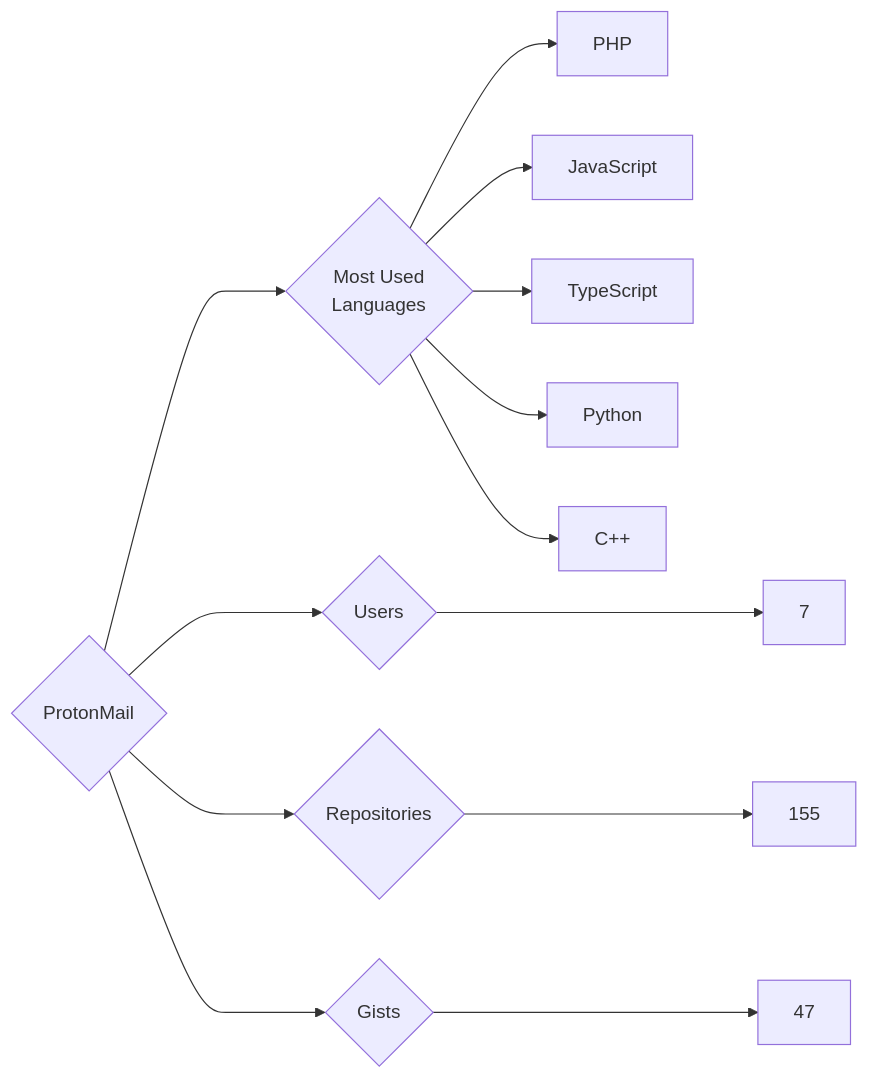
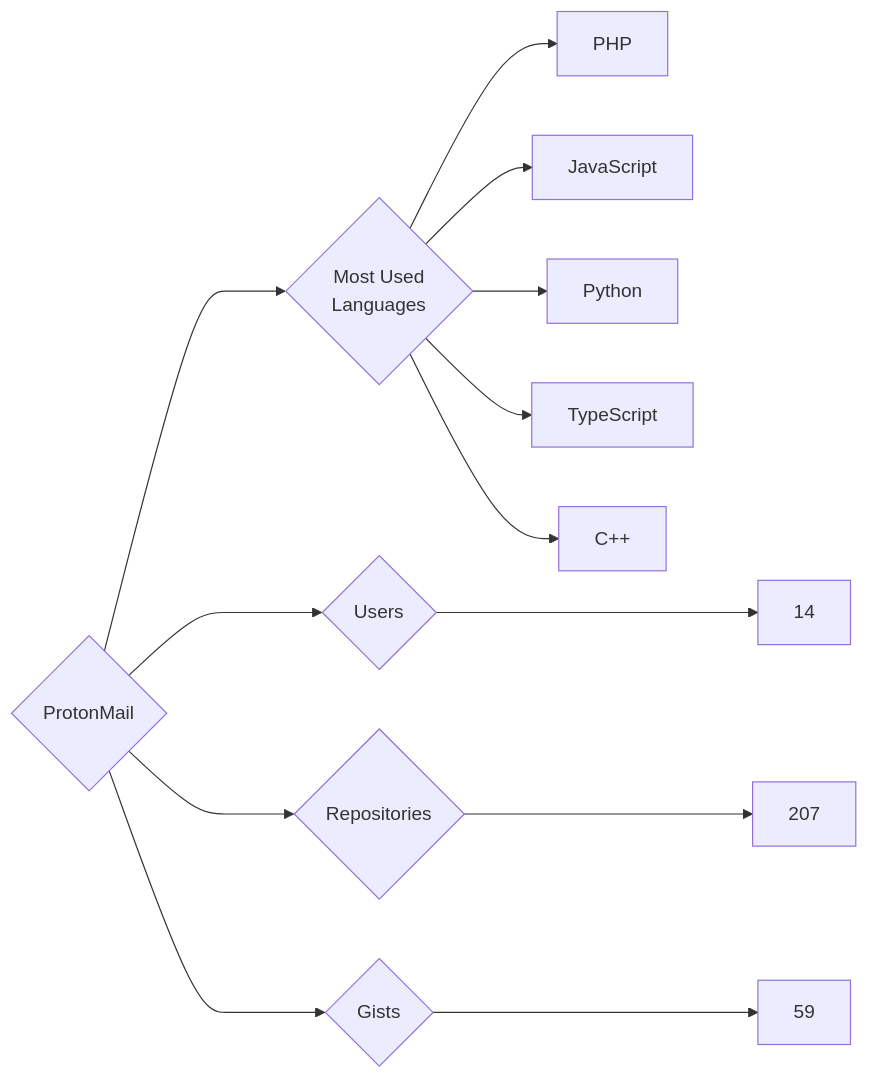
Before and after one commit to trickest/insiders: the diagram in targets/ProtonMail/README.md, drawn with Mermaid. The commit also changed 964 other files, not shown here.

````diff
--- a/targets/ProtonMail/README.md
+++ b/targets/ProtonMail/README.md
@@ -3,13 +3,13 @@
 ```mermaid
 graph LR
 COMPANY_NAME{ProtonMail}
-COMPANY_NAME ---> U{Users} ---> UN[7]
-COMPANY_NAME ---> R{Repositories} ---> RN[155]
-COMPANY_NAME ---> G{Gists} ---> GN[47]
+COMPANY_NAME ---> U{Users} ---> UN[14]
+COMPANY_NAME ---> R{Repositories} ---> RN[207]
+COMPANY_NAME ---> G{Gists} ---> GN[59]
 COMPANY_NAME ---> ML{Most Used<br>Languages}
 ML --> PHP[PHP]
 ML --> JavaScript[JavaScript]
+ML --> Python[Python]
 ML --> TypeScript[TypeScript]
-ML --> Python[Python]
 ML --> C++[C++]
 ```
````
